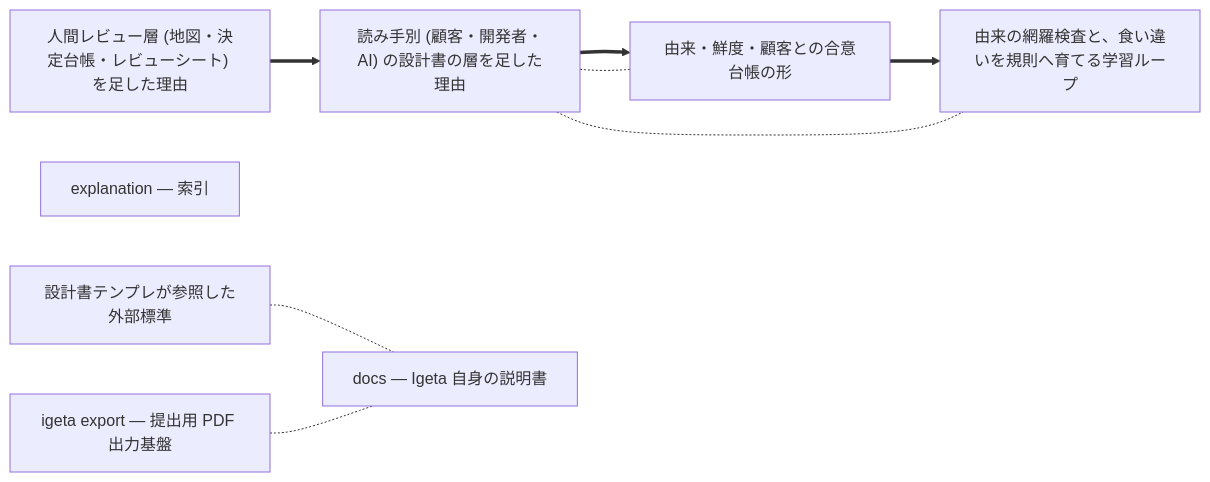
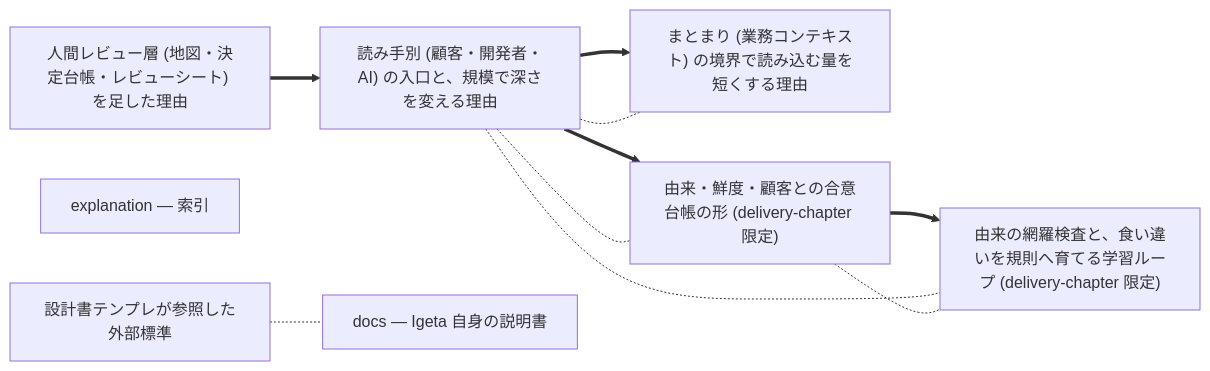
One commit to SakakitaniJunya/Igeta changed the diagram in docs/dependencies.md. Above: the diagram before and after it, drawn with Mermaid. The commit also changed other lines of this file and 6 other files, not shown here.

````diff
--- a/docs/dependencies.md
+++ b/docs/dependencies.md
@@ -12,37 +12,39 @@
 ```mermaid
 graph LR
   classDef standard fill:#fde68a,stroke:#92400e,color:#111
   classDef architecture fill:#bfdbfe,stroke:#1e3a8a,color:#111
   classDef strategy fill:#fbcfe8,stroke:#9d174d,color:#111
   classDef prd fill:#bbf7d0,stroke:#065f46,color:#111
   classDef business fill:#a7f3d0,stroke:#064e3b,color:#111
   classDef adr fill:#c7d2fe,stroke:#3730a3,color:#111
   classDef runbook fill:#fecaca,stroke:#7f1d1d,color:#111
   classDef guide fill:#e9d5ff,stroke:#581c87,color:#111
   classDef design fill:#ddd6fe,stroke:#6d28d9,color:#111
   classDef map fill:#fef3c7,stroke:#78350f,color:#111
   classDef decision_log fill:#fee2e2,stroke:#7f1d1d,color:#111
-  audience-layers["読み手別 (顧客・開発者・AI) の設計書の層を足した理由"]
+  audience-layers["読み手別 (顧客・開発者・AI) の入口と、規模で深さを変える理由"]
   class audience-layers explanation
-  coverage-and-learning["由来の網羅検査と、食い違いを規則へ育てる学習ループ"]
+  context-boundaries["まとまり (業務コンテキスト) の境界で読み込む量を短くする理由"]
+  class context-boundaries explanation
+  coverage-and-learning["由来の網羅検査と、食い違いを規則へ育てる学習ループ (delivery-chapter 限定)"]
   class coverage-and-learning explanation
   design-doc-standards["設計書テンプレが参照した外部標準"]
   class design-doc-standards explanation
   docs-index["docs — Igeta 自身の説明書"]
   class docs-index index
   explanation-index["explanation — 索引"]
   class explanation-index index
-  export-deliverable["igeta export — 提出用 PDF 出力基盤"]
-  class export-deliverable explanation
   human-review-layer["人間レビュー層 (地図・決定台帳・レビューシート) を足した理由"]
   class human-review-layer explanation
-  provenance-and-agreement["由来・鮮度・顧客との合意台帳の形"]
+  provenance-and-agreement["由来・鮮度・顧客との合意台帳の形 (delivery-chapter 限定)"]
   class provenance-and-agreement explanation
   human-review-layer ==> audience-layers
+  audience-layers ==> context-boundaries
   provenance-and-agreement ==> coverage-and-learning
   audience-layers ==> provenance-and-agreement
   audience-layers -.- provenance-and-agreement
   audience-layers -.- coverage-and-learning
+  audience-layers -.- context-boundaries
   design-doc-standards -.- docs-index
-  export-deliverable -.- docs-index
+  provenance-and-agreement -.- coverage-and-learning
 ```
````
